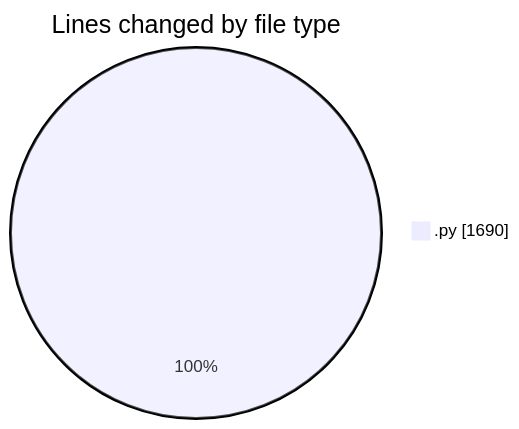
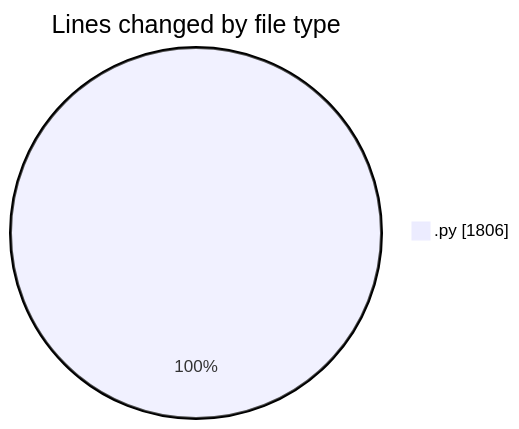
The first of 2 diagrams in 2025-11-27/eventscop-api-guide__workspace_/README.md (julien-gomy/code-tracking), drawn with Mermaid before and after one commit. The commit also changed other lines of this file and 1 other file, not shown here.

````diff
--- a/2025-11-27/eventscop-api-guide__workspace_/README.md
+++ b/2025-11-27/eventscop-api-guide__workspace_/README.md
@@ -21,5 +22,5 @@
 ```mermaid
 pie showData
 title Lines changed by file type
-".py" : 1690
+".py" : 1806
 ```
````
